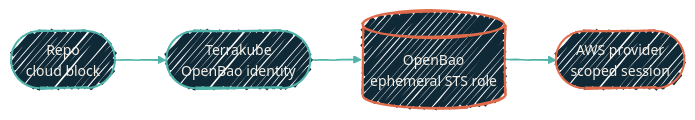
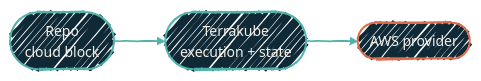
The diagram in infrastructure/tofu-aws/consuming-repo.mdx (dryvist/docs), drawn with Mermaid before and after one commit. The commit also changed other lines of this file and 63 other files, not shown here.

````diff
--- a/infrastructure/tofu-aws/consuming-repo.mdx
+++ b/infrastructure/tofu-aws/consuming-repo.mdx
@@ -12,19 +12,18 @@
 ```mermaid
 %%{init:
   {'theme':'base','look':'handDrawn','themeVariables':{'fontFamily':'Geist','fontSize':'14px','primaryColor':'#102937','primaryTextColor':'#F4EFE6','primaryBorderColor':'#4FB3A9','lineColor':'#4FB3A9','secondaryColor':'#0B1D2A','tertiaryColor':'#1A2A38','clusterBkg':'rgba(79,179,169,0.08)','clusterBorder':'#4FB3A9'}}}%%
 flowchart LR
   Repo([Repo<br/>cloud block])
-  Terrakube([Terrakube<br/>OpenBao identity])
-  Bao[(OpenBao<br/>ephemeral STS role)]
-  AWS([AWS provider<br/>scoped session])
+  Terrakube([Terrakube<br/>execution + state])
+  AWS([AWS provider])
 
-  Repo --> Terrakube --> Bao --> AWS
+  Repo --> Terrakube --> AWS
 
   classDef edge fill:#102937,stroke:#4FB3A9,stroke-width:2px,color:#F4EFE6;
   classDef sec  fill:#102937,stroke:#E06B4A,stroke-width:2px,color:#F4EFE6;
 
   class Repo,Terrakube edge
-  class Bao,AWS sec
+  class AWS sec
 
   linkStyle default stroke:#4FB3A9,stroke-width:1.5px;
 ```
````
